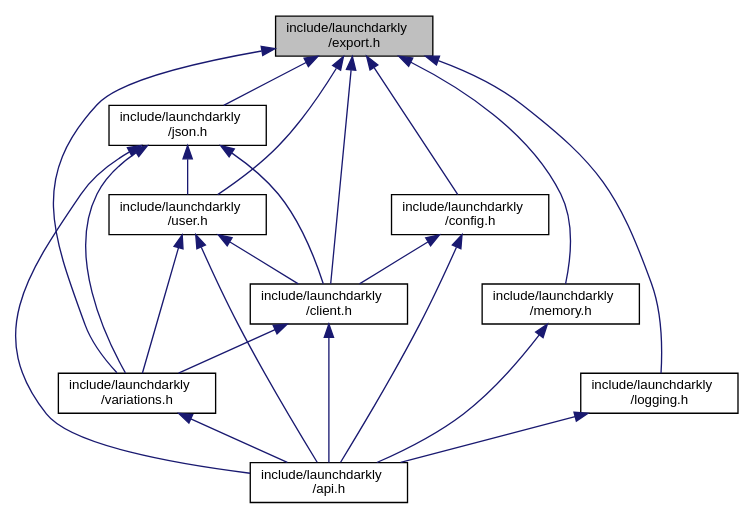
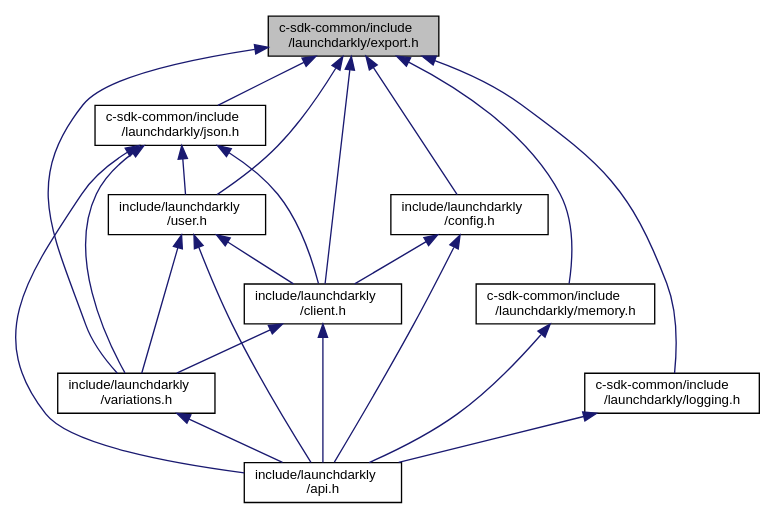
Before and after one commit to launchdarkly/c-server-sdk: the diagram in export_8h__dep__incl.dot, drawn with Graphviz. The commit also changed 43 other files, not shown here.

```diff
--- a/export_8h__dep__incl.dot
+++ b/export_8h__dep__incl.dot
@@ -1,35 +1,35 @@
-digraph "include/launchdarkly/export.h"
+digraph "c-sdk-common/include/launchdarkly/export.h"
 {
   edge [fontname="Helvetica",fontsize="10",labelfontname="Helvetica",labelfontsize="10"];
   node [fontname="Helvetica",fontsize="10",shape=record];
-  Node1 [label="include/launchdarkly\l/export.h",height=0.2,width=0.4,color="black", fillcolor="grey75", style="filled", fontcolor="black"];
+  Node1 [label="c-sdk-common/include\l/launchdarkly/export.h",height=0.2,width=0.4,color="black", fillcolor="grey75", style="filled", fontcolor="black"];
   Node1 -> Node2 [dir="back",color="midnightblue",fontsize="10",style="solid",fontname="Helvetica"];
-  Node2 [label="include/launchdarkly\l/json.h",height=0.2,width=0.4,color="black", fillcolor="white", style="filled",URL="$json_8h.html",tooltip="Public API Interface for JSON usage. "];
+  Node2 [label="c-sdk-common/include\l/launchdarkly/json.h",height=0.2,width=0.4,color="black", fillcolor="white", style="filled",URL="$json_8h.html",tooltip="Public API Interface for JSON usage. "];
   Node2 -> Node3 [dir="back",color="midnightblue",fontsize="10",style="solid",fontname="Helvetica"];
   Node3 [label="include/launchdarkly\l/api.h",height=0.2,width=0.4,color="black", fillcolor="white", style="filled",URL="$api_8h.html",tooltip="Public API. Include this for every public operation. "];
   Node2 -> Node4 [dir="back",color="midnightblue",fontsize="10",style="solid",fontname="Helvetica"];
   Node4 [label="include/launchdarkly\l/user.h",height=0.2,width=0.4,color="black", fillcolor="white", style="filled",URL="$user_8h.html",tooltip="Public API Interface for User construction. "];
   Node4 -> Node3 [dir="back",color="midnightblue",fontsize="10",style="solid",fontname="Helvetica"];
   Node4 -> Node5 [dir="back",color="midnightblue",fontsize="10",style="solid",fontname="Helvetica"];
   Node5 [label="include/launchdarkly\l/client.h",height=0.2,width=0.4,color="black", fillcolor="white", style="filled",URL="$client_8h.html",tooltip="Public API Interface for Client operations. "];
   Node5 -> Node3 [dir="back",color="midnightblue",fontsize="10",style="solid",fontname="Helvetica"];
   Node5 -> Node6 [dir="back",color="midnightblue",fontsize="10",style="solid",fontname="Helvetica"];
   Node6 [label="include/launchdarkly\l/variations.h",height=0.2,width=0.4,color="black", fillcolor="white", style="filled",URL="$variations_8h.html",tooltip="Public API Interface for evaluation variations. "];
   Node6 -> Node3 [dir="back",color="midnightblue",fontsize="10",style="solid",fontname="Helvetica"];
   Node4 -> Node6 [dir="back",color="midnightblue",fontsize="10",style="solid",fontname="Helvetica"];
   Node2 -> Node5 [dir="back",color="midnightblue",fontsize="10",style="solid",fontname="Helvetica"];
   Node2 -> Node6 [dir="back",color="midnightblue",fontsize="10",style="solid",fontname="Helvetica"];
   Node1 -> Node7 [dir="back",color="midnightblue",fontsize="10",style="solid",fontname="Helvetica"];
   Node7 [label="include/launchdarkly\l/config.h",height=0.2,width=0.4,color="black", fillcolor="white", style="filled",URL="$config_8h.html",tooltip="Public API Interface for Configuration. "];
   Node7 -> Node3 [dir="back",color="midnightblue",fontsize="10",style="solid",fontname="Helvetica"];
   Node7 -> Node5 [dir="back",color="midnightblue",fontsize="10",style="solid",fontname="Helvetica"];
   Node1 -> Node4 [dir="back",color="midnightblue",fontsize="10",style="solid",fontname="Helvetica"];
   Node1 -> Node5 [dir="back",color="midnightblue",fontsize="10",style="solid",fontname="Helvetica"];
   Node1 -> Node8 [dir="back",color="midnightblue",fontsize="10",style="solid",fontname="Helvetica"];
-  Node8 [label="include/launchdarkly\l/memory.h",height=0.2,width=0.4,color="black", fillcolor="white", style="filled",URL="$memory_8h.html",tooltip="Public API. Operations for managing memory. "];
+  Node8 [label="c-sdk-common/include\l/launchdarkly/memory.h",height=0.2,width=0.4,color="black", fillcolor="white", style="filled",URL="$memory_8h.html",tooltip="Public API. Operations for managing memory. "];
   Node8 -> Node3 [dir="back",color="midnightblue",fontsize="10",style="solid",fontname="Helvetica"];
   Node1 -> Node9 [dir="back",color="midnightblue",fontsize="10",style="solid",fontname="Helvetica"];
-  Node9 [label="include/launchdarkly\l/logging.h",height=0.2,width=0.4,color="black", fillcolor="white", style="filled",URL="$logging_8h.html",tooltip="Public API Interface for Logging. "];
+  Node9 [label="c-sdk-common/include\l/launchdarkly/logging.h",height=0.2,width=0.4,color="black", fillcolor="white", style="filled",URL="$logging_8h.html",tooltip="Public API Interface for Logging. "];
   Node9 -> Node3 [dir="back",color="midnightblue",fontsize="10",style="solid",fontname="Helvetica"];
   Node1 -> Node6 [dir="back",color="midnightblue",fontsize="10",style="solid",fontname="Helvetica"];
 }
```
